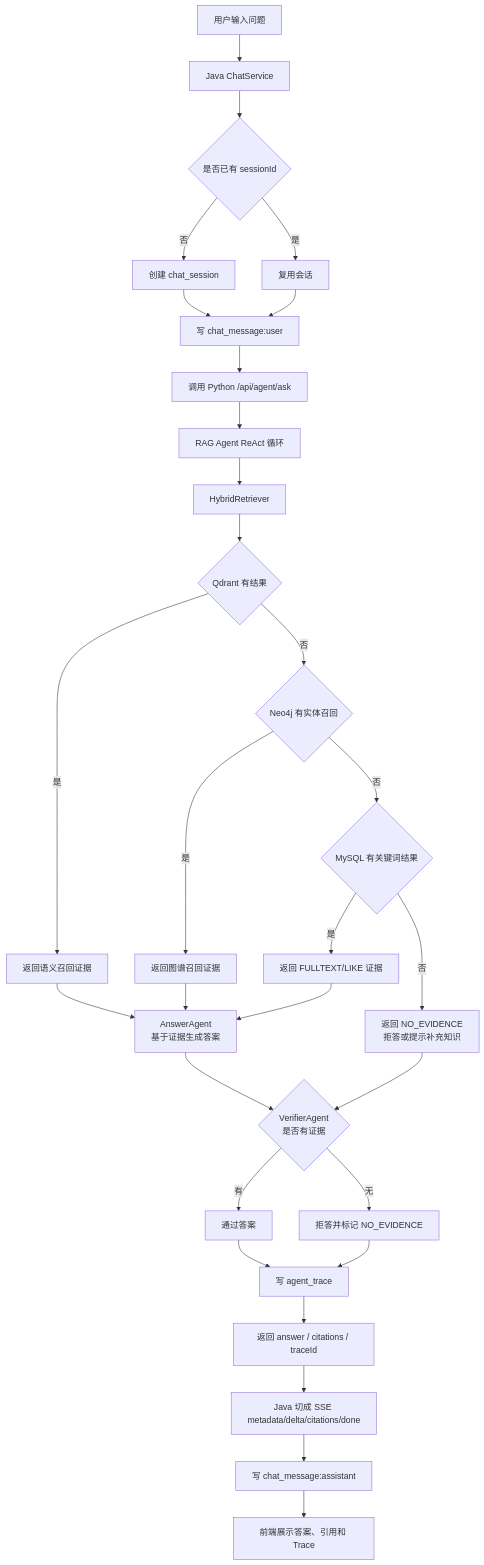
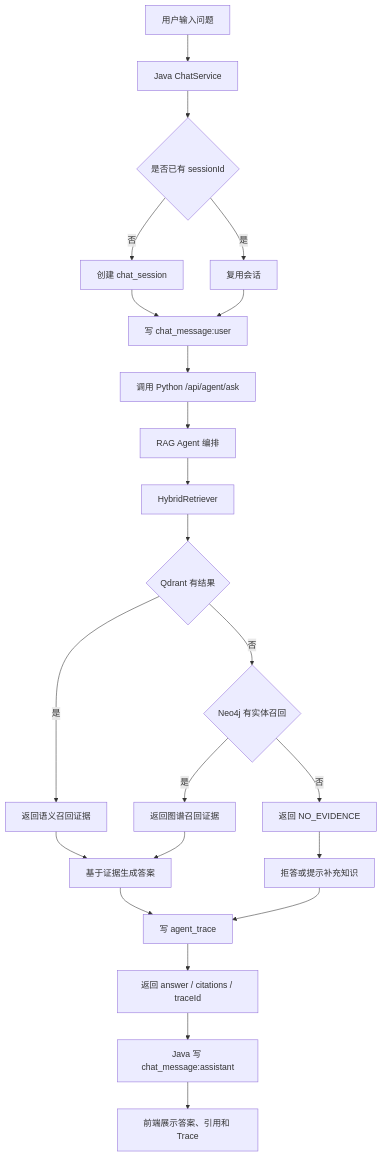
The fourth of 6 diagrams in docs/KB_OPERATION_FLOW.md (CarlosYonng/ai-agent-portfolio), drawn with Mermaid before and after one commit. The commit also changed other lines of this file and 9 other files, not shown here.

````diff
--- a/docs/KB_OPERATION_FLOW.md
+++ b/docs/KB_OPERATION_FLOW.md
@@ -93,32 +89,25 @@
 ```mermaid
 flowchart TD
     A["用户输入问题"] --> B["Java ChatService"]
     B --> C{是否已有 sessionId}
     C -->|否| D["创建 chat_session"]
     C -->|是| E["复用会话"]
     D --> F["写 chat_message:user"]
     E --> F
     F --> G["调用 Python /api/agent/ask"]
-    G --> H["RAG Agent ReAct 循环"]
+    G --> H["RAG Agent 编排"]
     H --> I["HybridRetriever"]
     I --> J{Qdrant 有结果}
     J -->|是| K["返回语义召回证据"]
     J -->|否| L{Neo4j 有实体召回}
     L -->|是| M["返回图谱召回证据"]
-    L -->|否| N{MySQL 有关键词结果}
-    N -->|是| O["返回 FULLTEXT/LIKE 证据"]
-    N -->|否| P["返回 NO_EVIDENCE<br/>拒答或提示补充知识"]
-    K --> Q["AnswerAgent<br/>基于证据生成答案"]
-    M --> Q
-    O --> Q
-    P --> R
-    Q --> R{VerifierAgent<br/>是否有证据}
-    R -->|有| S["通过答案"]
-    R -->|无| T["拒答并标记 NO_EVIDENCE"]
-    S --> U["写 agent_trace"]
-    T --> U
-    U --> V["返回 answer / citations / traceId"]
-    V --> W["Java 切成 SSE metadata/delta/citations/done"]
-    W --> X["写 chat_message:assistant"]
-    X --> Y["前端展示答案、引用和 Trace"]
+    L -->|否| N["返回 NO_EVIDENCE"]
+    K --> O["基于证据生成答案"]
+    M --> O
+    N --> P["拒答或提示补充知识"]
+    O --> Q["写 agent_trace"]
+    P --> Q
+    Q --> R["返回 answer / citations / traceId"]
+    R --> S["Java 写 chat_message:assistant"]
+    S --> T["前端展示答案、引用和 Trace"]
 ```
````
